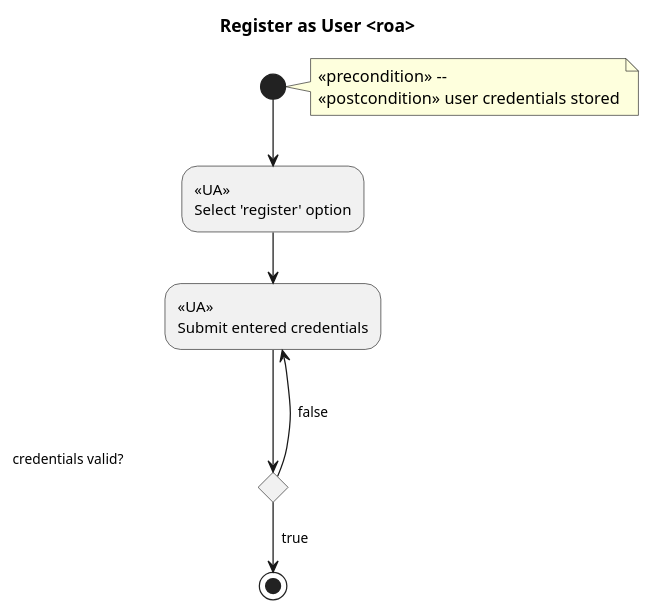
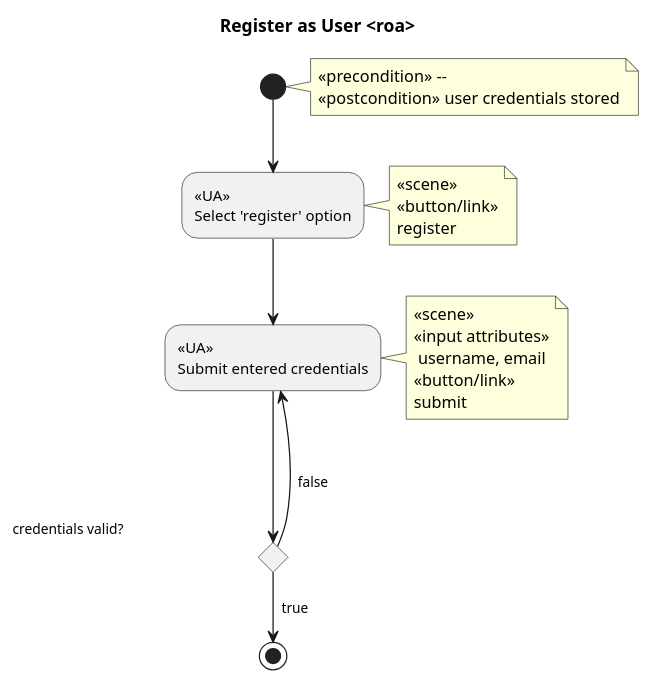
Before and after one commit to bzg/worg: the first of 4 diagrams in org-contrib/gsoc2012/student-projects/bugpile/i.org, drawn with PlantUML. The commit also changed other lines of this file and 2 other files, not shown here.

Commit message:
[gsoc12] scenes added to edit-user-details and register-as-user uml diagrams in i.org.

```diff
--- a/org-contrib/gsoc2012/student-projects/bugpile/i.org
+++ b/org-contrib/gsoc2012/student-projects/bugpile/i.org
@@ -678,11 +678,13 @@
 #+begin_src plantuml :file ../../../../images/gsoc/2012/bugpile/register-as-user-uml-roa.png 
-  title Register as User <roa>
-  note right: <<precondition>> -- \n<<postcondition>> user credentials stored
-  (*) -->  "<<UA>>\nSelect 'register' option"
-  --> "<<UA>>\nSubmit entered credentials"
-  if "credentials valid?                                   " then
-    --> [  true]  (*)
-  else
-    ---> [  false] "<<UA>>\nSubmit entered credentials"
-  endif
+    title Register as User <roa>
+    note right: <<precondition>> -- \n<<postcondition>> user credentials stored
+    (*) -->  "<<UA>>\nSelect 'register' option"
+      note right: <<scene>>\n<<button/link>>\nregister
+      --> "<<UA>>\nSubmit entered credentials"
+      note right: <<scene>>\n<<input attributes>>\n username, email\n<<button/link>>\nsubmit
+      if "credentials valid?                                   " then
+      --> [  true]  (*)
+    else
+      ---> [  false] "<<UA>>\nSubmit entered credentials"
+    endif
 #+end_src
```
